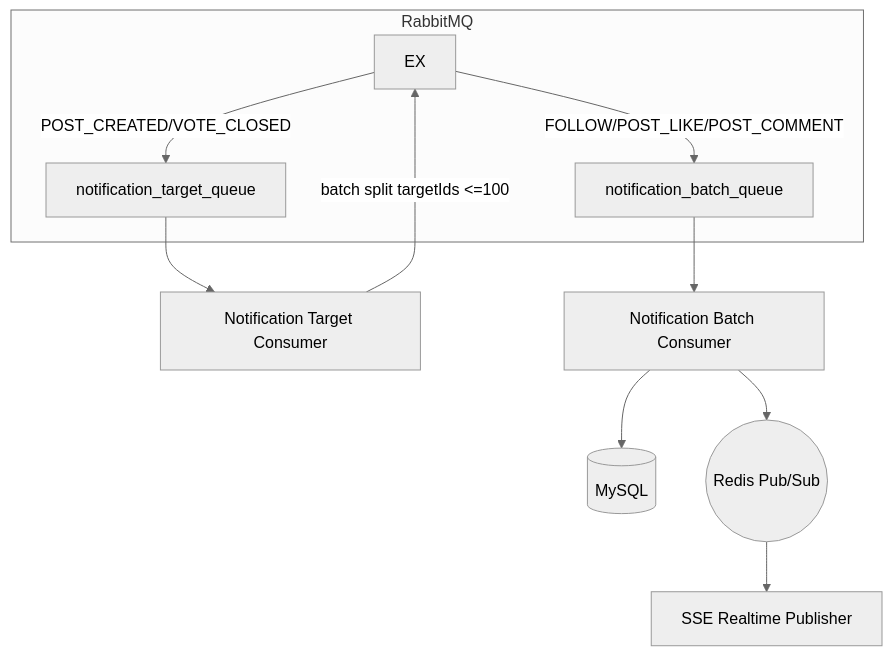
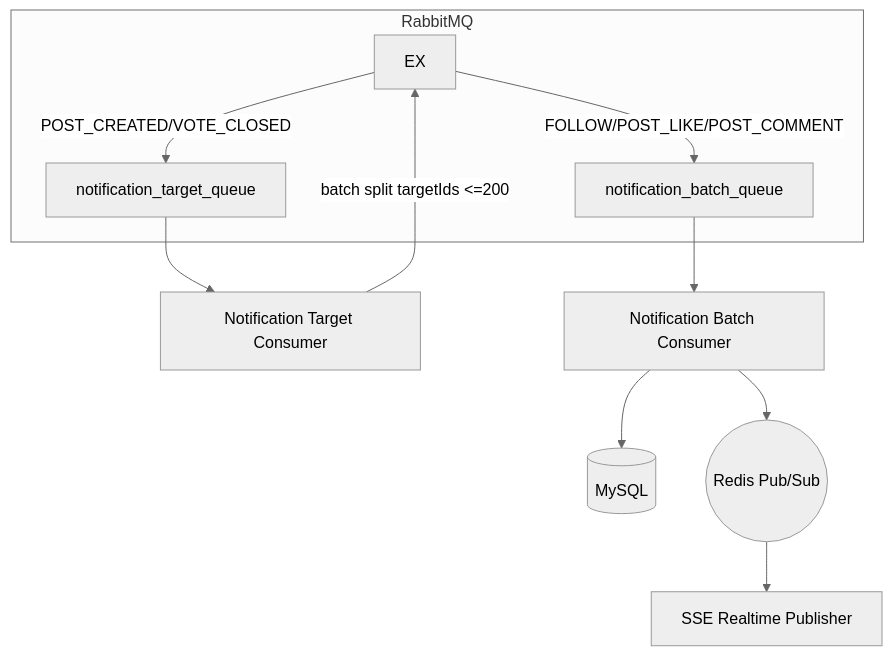
The second of 6 diagrams in docs/domain-tech-spec/ASYNC_TECH_SPEC.md (100-hours-a-week/16-team-katopia-be), drawn with Mermaid (neutral theme) before and after one commit. The commit also changed other lines of this file and 22 other files, not shown here.

````diff
--- a/docs/domain-tech-spec/ASYNC_TECH_SPEC.md
+++ b/docs/domain-tech-spec/ASYNC_TECH_SPEC.md
@@ -133,15 +133,15 @@
 ```mermaid
 flowchart TD
   subgraph RMQ["RabbitMQ"]
     EX -->|POST_CREATED/VOTE_CLOSED| Q1[notification_target_queue]
     EX -->|FOLLOW/POST_LIKE/POST_COMMENT| Q2[notification_batch_queue]
   end
 
   Q1 --> TargetConsumer[Notification Target Consumer]
-  TargetConsumer -->|batch split targetIds <=100| EX
+  TargetConsumer -->|batch split targetIds <=200| EX
 
   Q2 --> BatchConsumer[Notification Batch Consumer]
   BatchConsumer --> DB[(MySQL)]
   BatchConsumer --> PubSub((Redis Pub/Sub))
   PubSub --> SSE[SSE Realtime Publisher]
 ```
````
